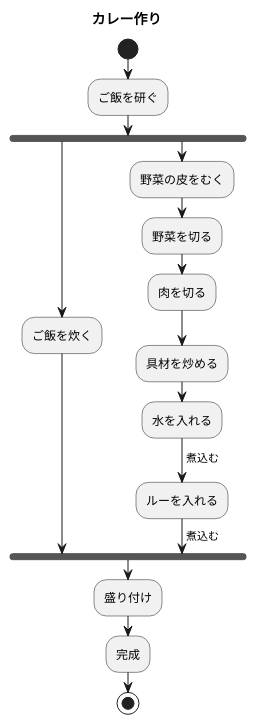
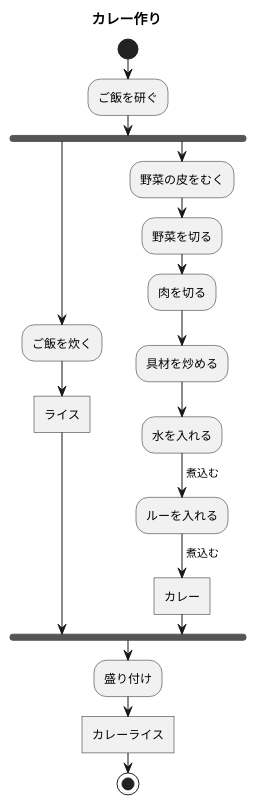
Before and after one commit to hosoya0503/uml-intro: the diagram in カレー.pu, drawn with PlantUML.

Commit message:
カレーライス

```diff
--- a/カレー.pu
+++ b/カレー.pu
@@ -1,20 +1,22 @@
 @startuml カレー作り
 title カレー作り
 start
 :ご飯を研ぐ;
 fork
 :ご飯を炊く;
+:ライス]
 fork again
 :野菜の皮をむく;
 :野菜を切る;
 :肉を切る;
 :具材を炒める;
 :水を入れる;
 ->煮込む;
 :ルーを入れる;
 ->煮込む;
+:カレー]
 end fork
 :盛り付け;
-:完成;
+:カレーライス]
 stop
 @enduml
```
